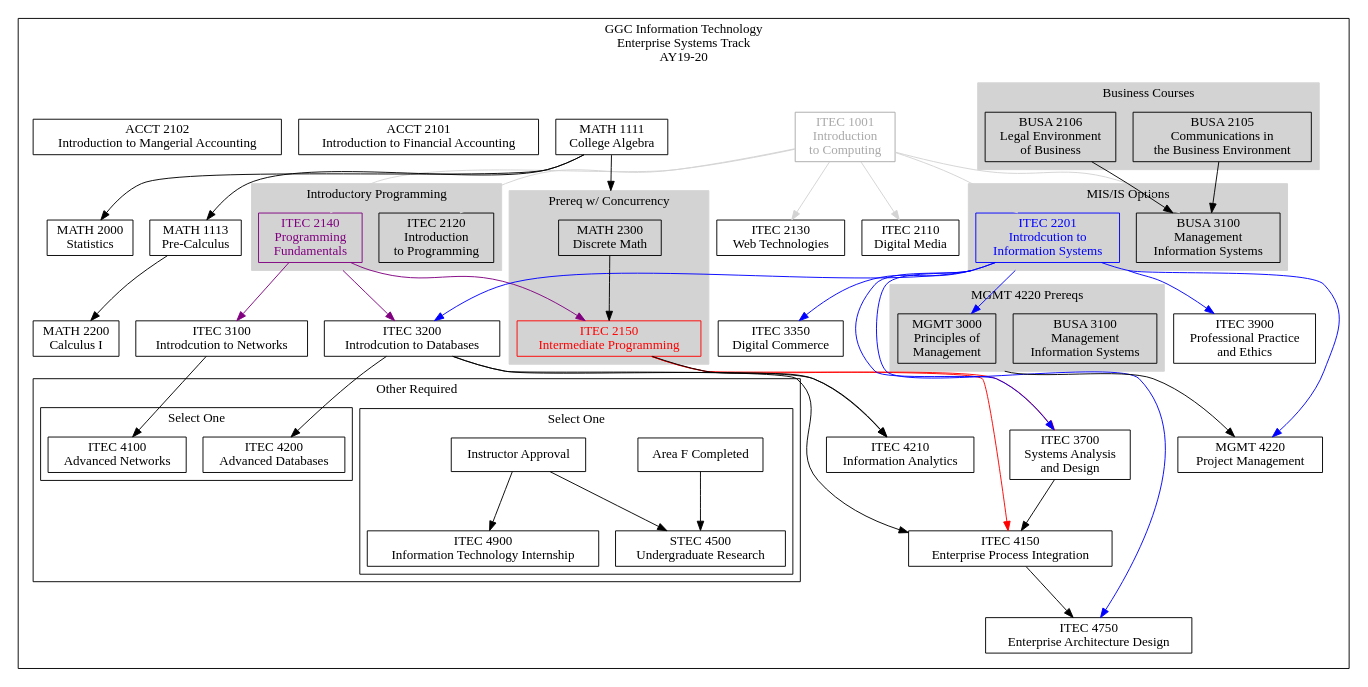
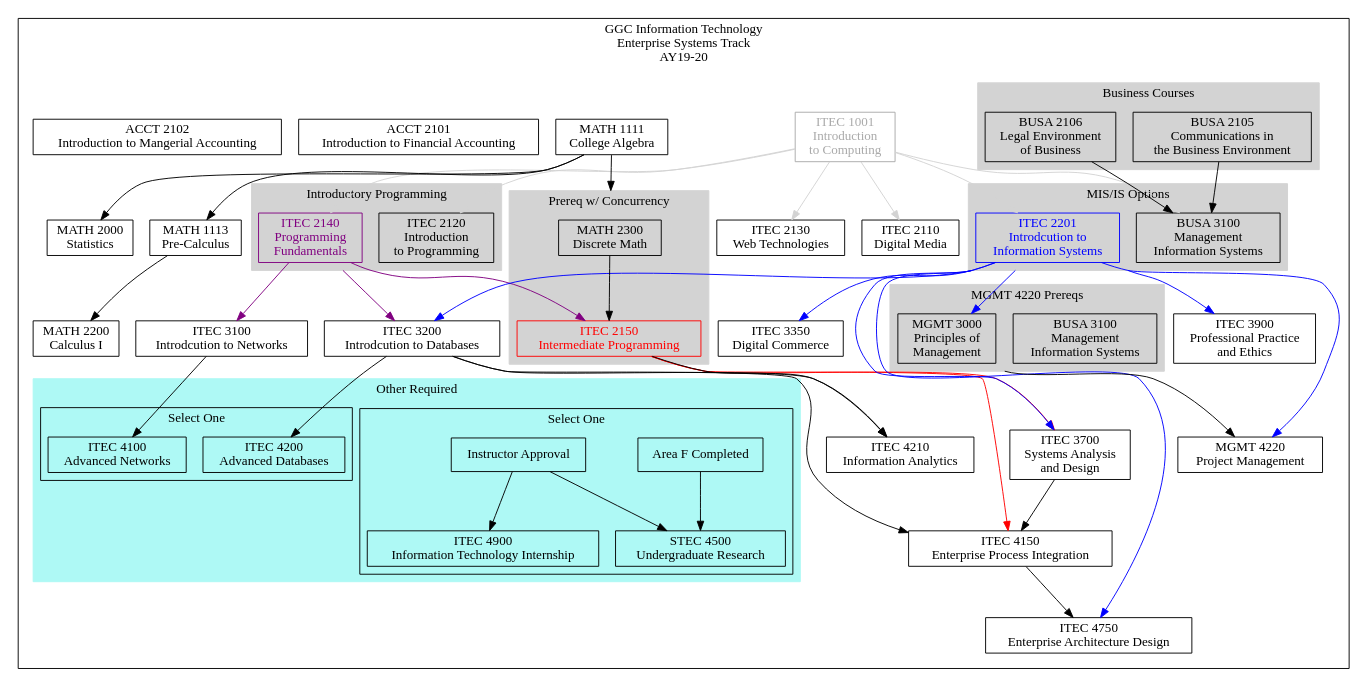
Before and after one commit to rjlutz/itec-plans: the diagram in AY19-20/EnterpriseSystems.dot, drawn with Graphviz. The commit also changed 9 other files, not shown here.

```diff
--- a/AY19-20/EnterpriseSystems.dot
+++ b/AY19-20/EnterpriseSystems.dot
@@ -1,154 +1,157 @@
 digraph G {
 
     node [shape = record, fontname="Sans serif" fontsize="14"];
     compound = true //  needed to link clusters and nodes
     splines = true
     ranksep=0.75
 
      // All
     itec1001[label = "ITEC 1001\nIntroduction \nto Computing" color=darkgray fontcolor=darkgray]
     itec2110[label = "ITEC 2110\nDigital Media"]
     itec2120[label = "ITEC 2120\nIntroduction\nto Programming"]
     itec2130[label = "ITEC 2130\nWeb Technologies"]
     itec2140[label = "ITEC 2140\nProgramming \nFundamentals" color=purple fontcolor=purple]
     itec2150[label = "ITEC 2150\nIntermediate Programming" color=red fontcolor=red]
     itec2201[label = "ITEC 2201\nIntrodcution to\nInformation Systems" color=blue fontcolor=blue]
     itec3100[label = "ITEC 3100\nIntrodcution to Networks"]
     itec3200[label = "ITEC 3200\nIntrodcution to Databases"]
     itec3900[label = "ITEC 3900\nProfessional Practice\nand Ethics"]
     busa2105[label = "BUSA 2105\nCommunications in\nthe Business Environment"]
     busa2106[label = "BUSA 2106\nLegal Environment\nof Business"]
     busa3100[label = "BUSA 3100\nManagement \nInformation Systems"]
     busb3100[label = "BUSA 3100\nManagement \nInformation Systems"] //  a hack, a copy for ES 
     math1111[label = "MATH 1111\nCollege Algebra"]
     math1113[label = "MATH 1113\nPre-Calculus"]
     math2300[label = "MATH 2300\nDiscrete Math"]
     math2000[label = "MATH 2000\nStatistics"]
     math2200[label = "MATH 2200\nCalculus I"]
     mgmt3000[label = "MGMT 3000\nPrinciples of\nManagement"]
 
     // Enterprise Systems
     itec3350[label = "ITEC 3350\nDigital Commerce"]
     itec3700[label = "ITEC 3700\nSystems Analysis\nand Design"]
     itec4100[label = "ITEC 4100\nAdvanced Networks"]
     itec4150[label = "ITEC 4150\nEnterprise Process Integration"]
     itec4200[label = "ITEC 4200\nAdvanced Databases"]
     itec4210[label = "ITEC 4210\nInformation Analytics"]
     itec4750[label = "ITEC 4750\nEnterprise Architecture Design"]
     itec4900[label = "ITEC 4900\nInformation Technology Internship"]
     stec4500[label = "STEC 4500\nUndergraduate Research"]
     areaF[label = "Area F Completed"]
     instructorapproval[label = "Instructor Approval"]
     acct2101[label = "ACCT 2101\nIntroduction to Financial Accounting"]
     acct2102[label = "ACCT 2102\nIntroduction to Mangerial Accounting"]
     mgmt4220[label = "MGMT 4220\nProject Management"]
 
 
     subgraph clusteres {
         label="GGC Information Technology\nEnterprise Systems Track\nAY19-20"
 
         subgraph clusterrequired {
             label=""
             node [style=filled];
             style=filled;
 
             color="#FFFFFF";
 
             acct2101
             acct2102
             itec1001 -> itec2110 [color=lightgray]
 
             itec1001 -> itec2120 [color=lightgray]
             itec1001 -> itec2130 [color=lightgray]
             itec1001 -> itec2201 [color=lightgray]
             itec1001 -> busa3100 [color=lightgray]
             itec2140 -> itec2150 [color=purple]
             itec2140 -> itec3100 [color=purple]
             itec2201 -> itec3200 [ltail=cluster22013100 color=blue]
             itec2140 -> itec3200 [ltail=cluster21202140 color=purple]
 
             itec2201 -> itec3350 [ltail=cluster22013100 color=blue]
             itec2150 -> itec4150 [color=red]
             itec3200 -> itec4150
             itec3700 -> itec4150
             itec2201 -> itec4750 [color=blue]
             itec4150 -> itec4750
             itec2201 -> mgmt4220 [color=blue]
             mgmt3000 -> mgmt4220 [ltail=cluster30003100]
             itec2150 -> itec4210
             itec3200 -> itec4210
             itec3100 -> itec4100
             itec3200 -> itec4200
 
             busa2106 -> busa3100
             busa2105 -> busa3100
             itec1001 -> itec2140 [color=lightgray]
 
             itec2150 -> itec3700 [lltail=clusterdiscrete color=red]
             itec2201 -> itec3700 [color=blue]
 
             itec2201 -> itec3900 [ltail=cluster22013100 color=blue]
             itec2201 -> mgmt3000 [ltail=cluster22013100 color=blue]
 
             math1113 -> math2200
             math1111 -> math1113
             math1111 -> math2000
             math1111 -> math2300 [lhead=clusterdiscrete]
 
             subgraph cluster21202140 {
                 label = "Introductory Programming";
                 color=lightgrey;
                 itec2120
                 itec2140
             }
             subgraph cluster30003100 {
                 label = "MGMT 4220 Prereqs";
                 color=lightgrey;
                 busb3100
                 mgmt3000
                 
             }
             subgraph cluster22013100 {
                 label = "MIS/IS Options";
                 color=lightgrey;
                 busa3100
                 itec2201
             }
             subgraph cluster21052106 {
                 label = "Business Courses"
                 color=lightgrey;
                 busa2105
                 busa2106
             }
             
             subgraph clusterdiscrete {
                 label = "Prereq w/ Concurrency";
                 node [style=filled];
                 style=filled;
                 color=lightgrey;
                 math2300 -> itec2150
             }
 
             subgraph clusterotherrequired {
                 label = "Other Required"
                 node [style=filled];
                 style=filled;
-                graph[style=solid]
-                color=black;
+                color="#AEF9F5";
 
                 subgraph clusteritecopt1 {
                     label = "Select One";
+                    graph[style=solid]
+                    color=black;
                     areaF -> stec4500
                     instructorapproval -> stec4500
                     instructorapproval -> itec4900
                 }
 
                 subgraph clusteritecopt2 {
                     label = "Select One";
+                    graph[style=solid]
+                    color=black;
                     itec4100
                     itec4200
                 }
             }
         }    
     }
 }
```
